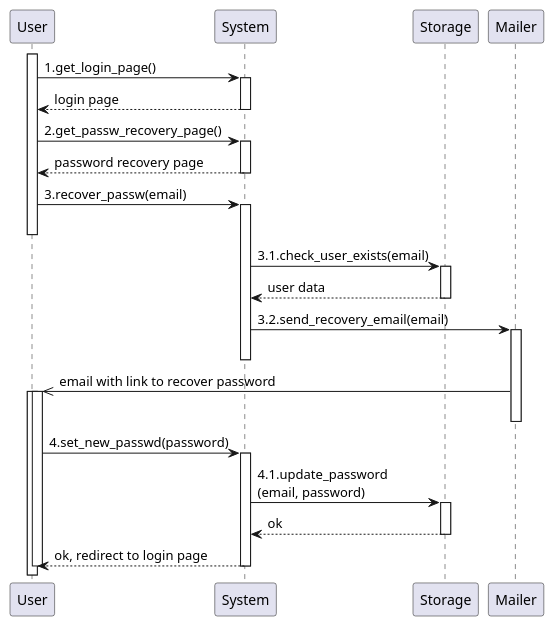
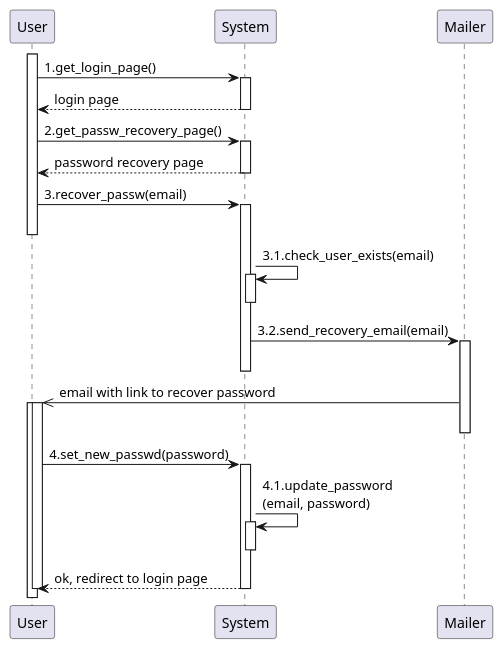
Before and after one commit to GiorgioUghini/SafeStreets: the third of 3 diagrams in RASD/materials/uml/useCases/signUp&login.wsd, drawn with PlantUML. The commit also changed other lines of this file and 19 other files, not shown here.

Commit message:
Remove storage in sequence diagrams in RASD

```diff
--- a/RASD/materials/uml/useCases/signUp&login.wsd
+++ b/RASD/materials/uml/useCases/signUp&login.wsd
@@ -37,29 +35,28 @@
 @startuml password_recovery
     autoactivate on
 
     participant User as U
     participant System as S
-    participant Storage as ST
     participant Mailer as M
 
     activate U
     U -> S: 1.get_login_page()
     return login page
     U -> S: 2.get_passw_recovery_page()
     return password recovery page
     U -> S: 3.recover_passw(email)
     deactivate U
-    S -> ST: 3.1.check_user_exists(email)
-    return user data
+    S -> S: 3.1.check_user_exists(email)
+    deactivate S
     S -> M: 3.2.send_recovery_email(email)
     deactivate S
     M ->> U: email with link to recover password
     deactivate M
     activate U
     U -> S: 4.set_new_passwd(password)
-    S -> ST: 4.1.update_password\n(email, password)
-    return ok
+    S -> S: 4.1.update_password\n(email, password)
+    deactivate S
     return ok, redirect to login page
     deactivate U
 
 @enduml
```
